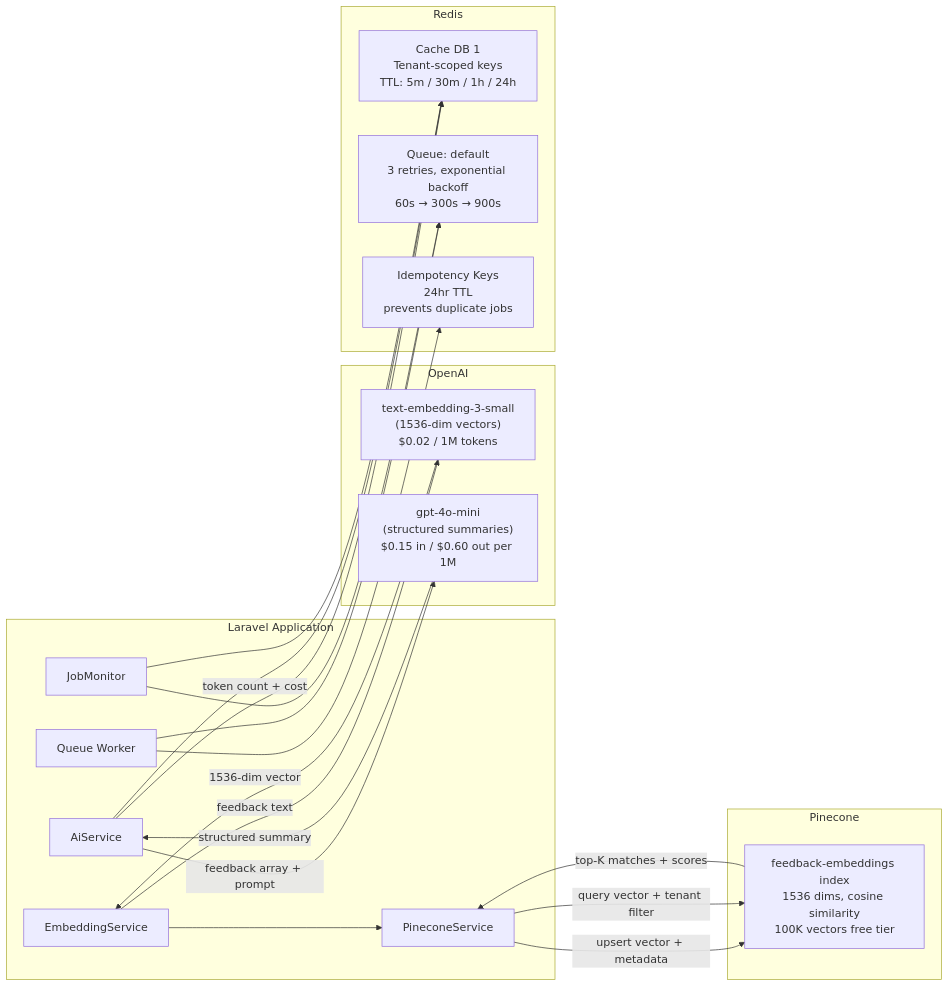
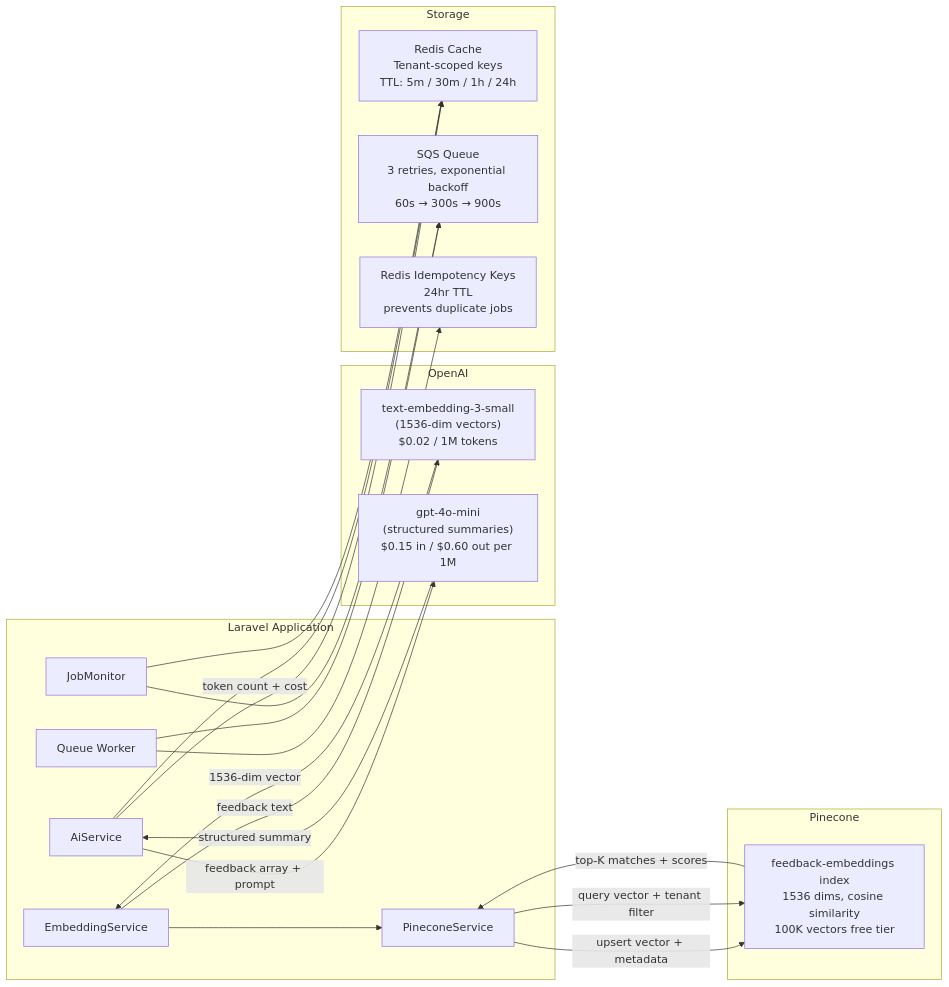
One commit to SunnyC0d3/feedbackhub changed the fourth of 6 diagrams in docs/DIAGRAMS.md. Above: the diagram before and after it, drawn with Mermaid. The commit also changed other lines of this file and 12 other files, not shown here.

````diff
--- a/docs/DIAGRAMS.md
+++ b/docs/DIAGRAMS.md
@@ -173,43 +174,43 @@
 ```mermaid
 graph LR
     subgraph App["Laravel Application"]
         AS[AiService]
         ES[EmbeddingService]
         PS[PineconeService]
         JM[JobMonitor]
         Q[Queue Worker]
     end
 
     subgraph OpenAI["OpenAI"]
         EMB["text-embedding-3-small<br/>(1536-dim vectors)<br/>$0.02 / 1M tokens"]
         GPT["gpt-4o-mini<br/>(structured summaries)<br/>$0.15 in / $0.60 out per 1M"]
     end
 
     subgraph Pinecone["Pinecone"]
         IDX["feedback-embeddings index<br/>1536 dims, cosine similarity<br/>100K vectors free tier"]
     end
 
-    subgraph Redis["Redis"]
-        CACHE["Cache DB 1<br/>Tenant-scoped keys<br/>TTL: 5m / 30m / 1h / 24h"]
-        QUEUE["Queue: default<br/>3 retries, exponential backoff<br/>60s → 300s → 900s"]
-        IDEMPOTENCY["Idempotency Keys<br/>24hr TTL<br/>prevents duplicate jobs"]
+    subgraph Storage["Storage"]
+        CACHE["Redis Cache<br/>Tenant-scoped keys<br/>TTL: 5m / 30m / 1h / 24h"]
+        SQS_Q["SQS Queue<br/>3 retries, exponential backoff<br/>60s → 300s → 900s"]
+        IDEMPOTENCY["Redis Idempotency Keys<br/>24hr TTL<br/>prevents duplicate jobs"]
     end
 
     ES -->|"feedback text"| EMB
     EMB -->|"1536-dim vector"| ES
     ES --> PS
 
     AS -->|"feedback array + prompt"| GPT
     GPT -->|"structured summary"| AS
     AS -->|"token count + cost"| CACHE
 
     PS -->|"upsert vector + metadata"| IDX
     PS -->|"query vector + tenant filter"| IDX
     IDX -->|"top-K matches + scores"| PS
 
     AS --> CACHE
     JM --> CACHE
-    Q --> QUEUE
-    JM --> QUEUE
+    Q --> SQS_Q
+    JM --> SQS_Q
     Q --> IDEMPOTENCY
 ```
````
